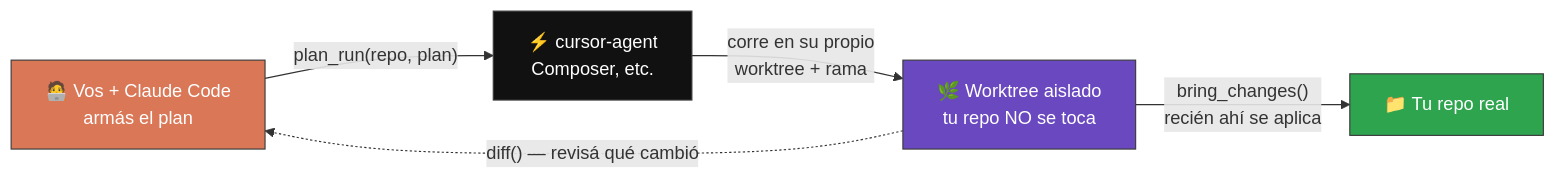
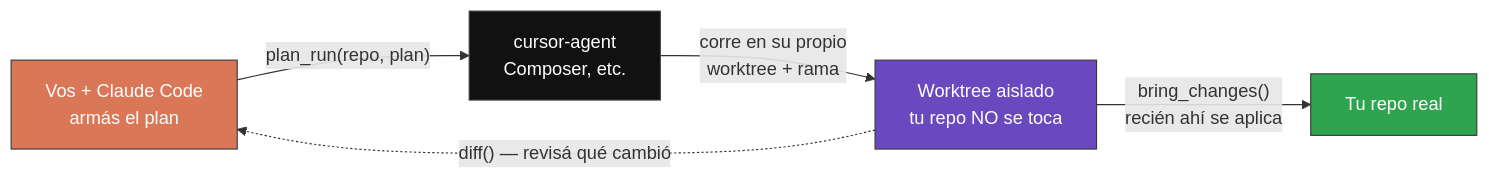
One commit to jguevara0923/mcp-cursor changed the diagram in README.md. Above: the diagram before and after it, drawn with Mermaid. The commit also changed other lines of this file, not shown here.

````diff
--- a/README.md
+++ b/README.md
@@ -146,12 +77,12 @@
 ```mermaid
 flowchart LR
-    A["🧑‍💻 Vos + Claude Code\narmás el plan"] -->|"plan_run(repo, plan)"| B["⚡ cursor-agent\nComposer, etc."]
-    B -->|"corre en su propio\nworktree + rama"| C["🌿 Worktree aislado\ntu repo NO se toca"]
+    A["Vos + Claude Code\narmás el plan"] -->|"plan_run(repo, plan)"| B["cursor-agent\nComposer, etc."]
+    B -->|"corre en su propio\nworktree + rama"| C["Worktree aislado\ntu repo NO se toca"]
     C -.->|"diff() — revisá qué cambió"| A
-    C -->|"bring_changes()\nrecién ahí se aplica"| D["📁 Tu repo real"]
+    C -->|"bring_changes()\nrecién ahí se aplica"| D["Tu repo real"]
 
     style A fill:#D97757,stroke:#3a3a3a,color:#fff
     style B fill:#111111,stroke:#3a3a3a,color:#fff
     style C fill:#6a48bf,stroke:#3a3a3a,color:#fff
     style D fill:#2ea44f,stroke:#3a3a3a,color:#fff
 ```
````
